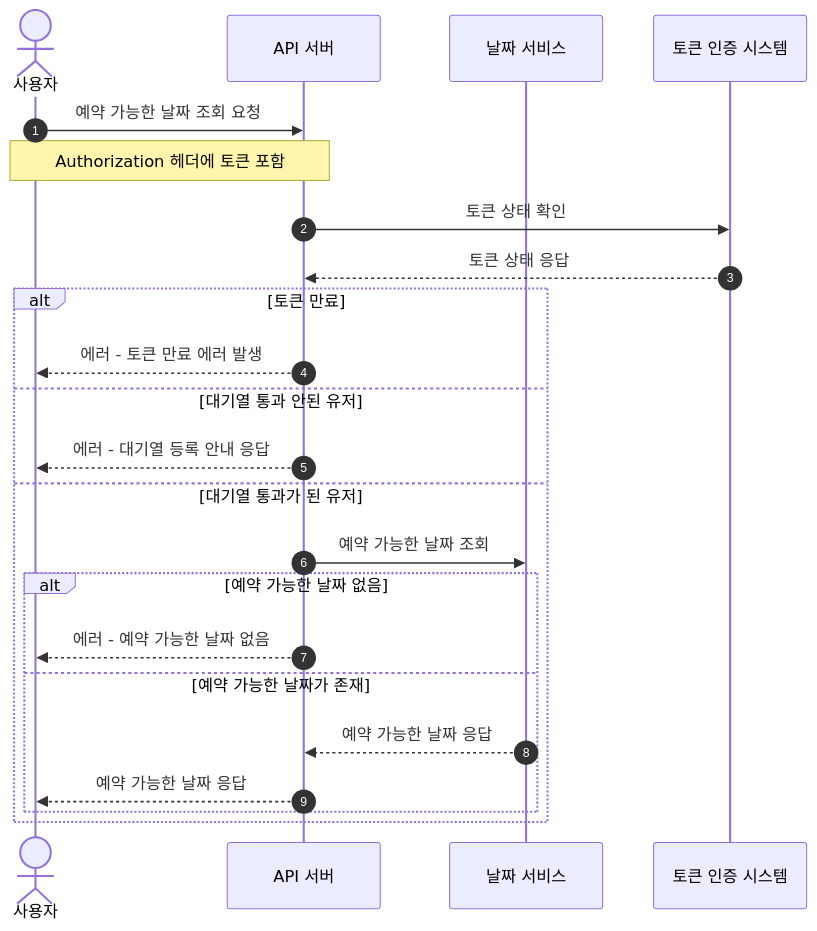
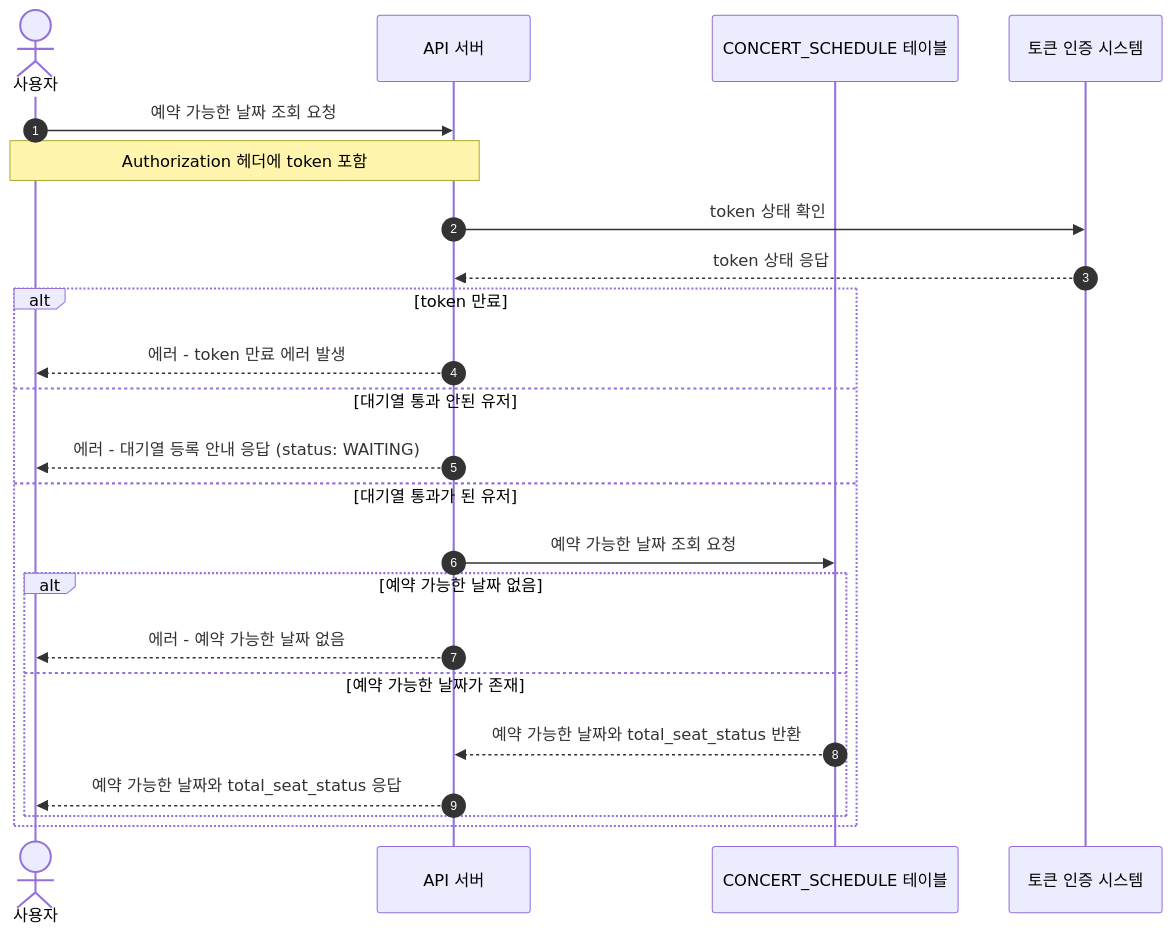
One commit to Cheondongmin/concert-java changed the second of 6 diagrams in docs/sequence.md. Above: the diagram before and after it, drawn with Mermaid. The commit also changed other lines of this file, not shown here.

Commit message:
fix: 시퀀스 다이어그램 추가 및 수정      erd 수정

````diff
--- a/docs/sequence.md
+++ b/docs/sequence.md
@@ -34,25 +40,25 @@
 ```mermaid
 sequenceDiagram
     autonumber
     actor 사용자 as 사용자
     participant API as API 서버
-    participant 날짜 as 날짜 서비스
-    participant 인증 as 토큰 인증 시스템
+    participant CONCERT_SCHEDULE as CONCERT_SCHEDULE 테이블
+    participant AUTH as 토큰 인증 시스템
     사용자 ->> API: 예약 가능한 날짜 조회 요청
-    Note over 사용자, API: Authorization 헤더에 토큰 포함
-    API ->> 인증: 토큰 상태 확인
-    인증 -->> API: 토큰 상태 응답
-    alt 토큰 만료
-        API -->> 사용자: 에러 - 토큰 만료 에러 발생
+    Note over 사용자, API: Authorization 헤더에 token 포함
+    API ->> AUTH: token 상태 확인
+    AUTH -->> API: token 상태 응답
+    alt token 만료
+        API -->> 사용자: 에러 - token 만료 에러 발생
     else 대기열 통과 안된 유저
-        API -->> 사용자: 에러 - 대기열 등록 안내 응답
+        API -->> 사용자: 에러 - 대기열 등록 안내 응답 (status: WAITING)
     else 대기열 통과가 된 유저
-        API ->> 날짜: 예약 가능한 날짜 조회
+        API ->> CONCERT_SCHEDULE: 예약 가능한 날짜 조회 요청
         alt 예약 가능한 날짜 없음
             API -->> 사용자: 에러 - 예약 가능한 날짜 없음
         else 예약 가능한 날짜가 존재
-            날짜 -->> API: 예약 가능한 날짜 응답
-            API -->> 사용자: 예약 가능한 날짜 응답
+            CONCERT_SCHEDULE -->> API: 예약 가능한 날짜와 total_seat_status 반환
+            API -->> 사용자: 예약 가능한 날짜와 total_seat_status 응답
         end
     end
 ```
````
